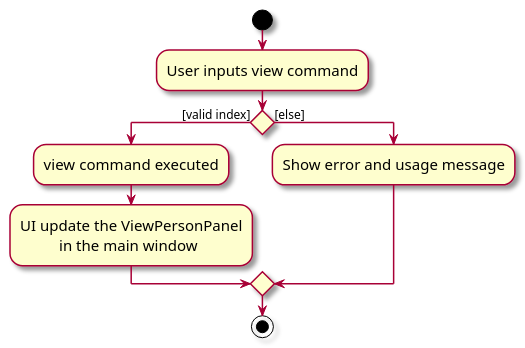
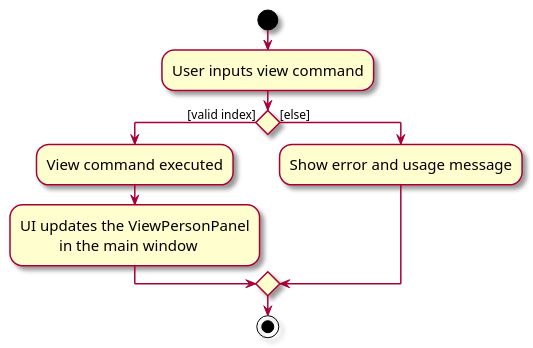
One commit to nus-cs2103-AY2324S1/tp changed the diagram in docs/diagrams/ViewActivityDiagram.puml. Above: the diagram before and after it, drawn with PlantUML. The commit also changed 1 other file, not shown here.

```diff
--- a/docs/diagrams/ViewActivityDiagram.puml
+++ b/docs/diagrams/ViewActivityDiagram.puml
@@ -1,19 +1,19 @@
 @startuml
 skin rose
 skinparam ActivityFontSize 15
 skinparam ArrowFontSize 12
 start
 :User inputs view command;
 
 'Since the beta syntax does not support placing the condition outside the
 'diamond we place it as the true branch instead.
 
 if () then ([valid index])
-    :view command executed;
-    :UI update the ViewPersonPanel
+    :View command executed;
+    :UI updates the ViewPersonPanel
               in the main window;
 else ([else])
     :Show error and usage message;
 endif
 stop
 @enduml
```
